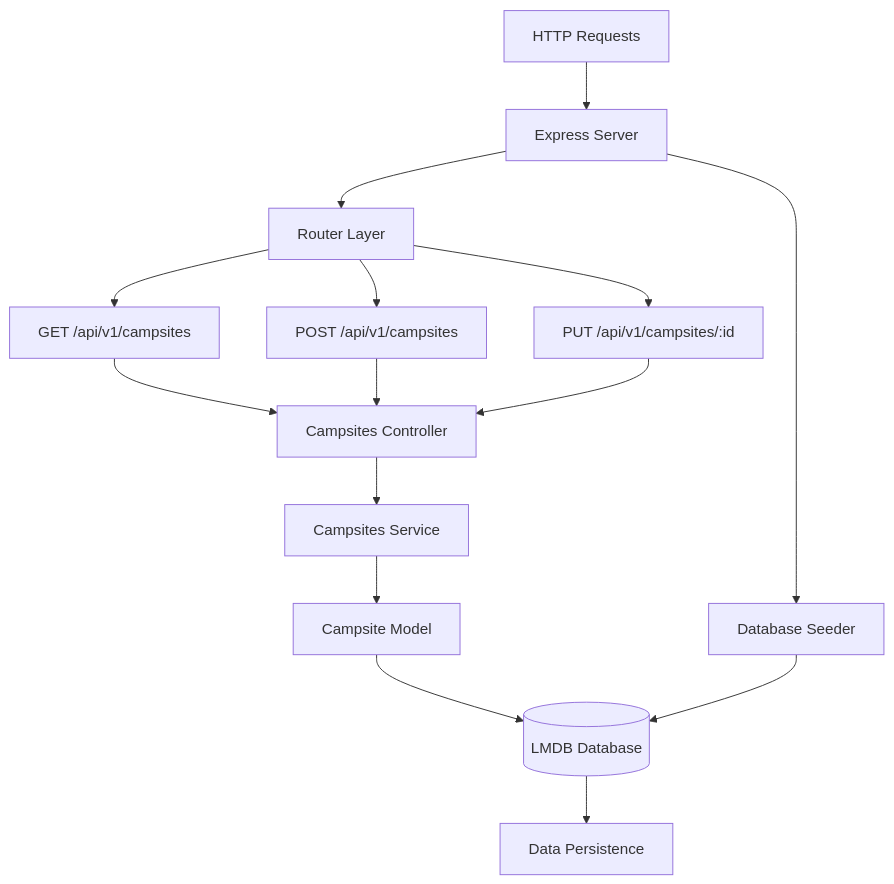
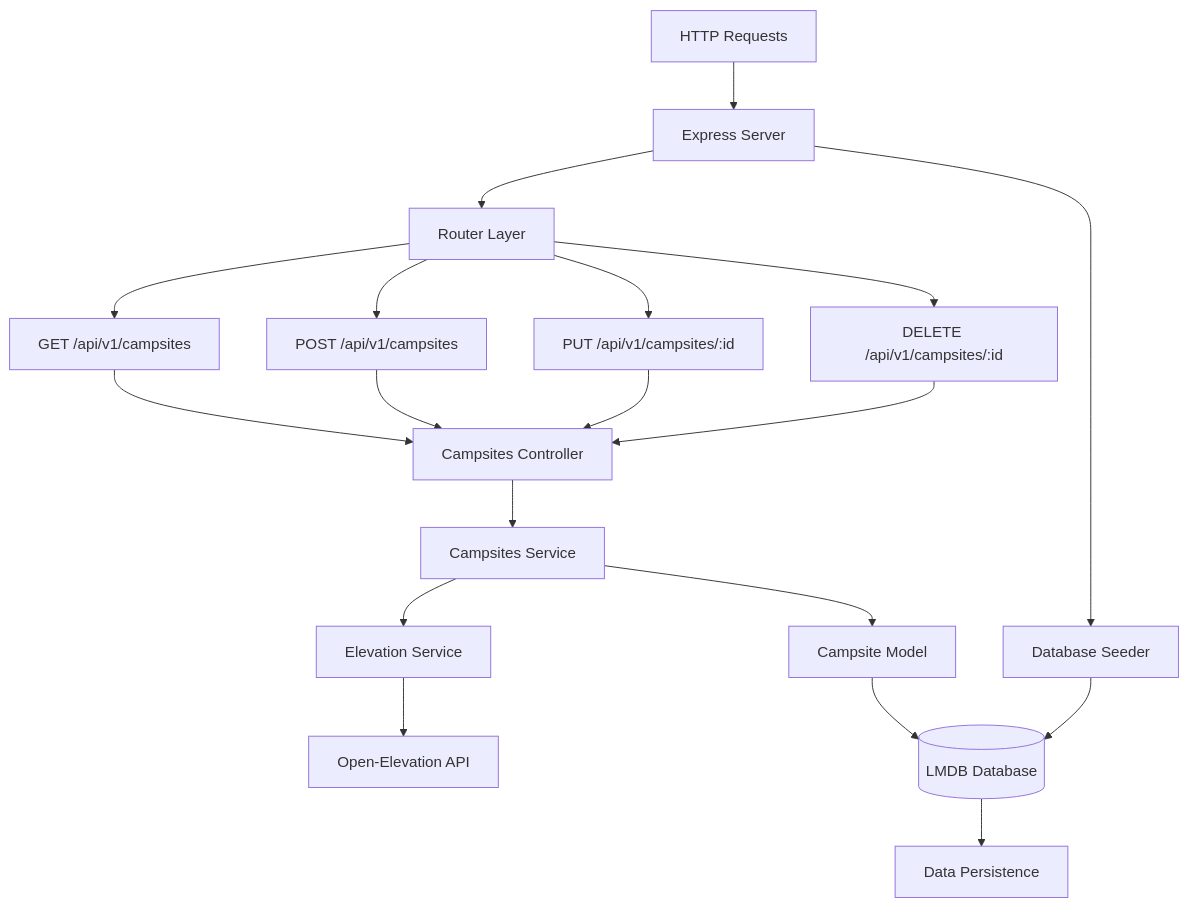
The second of 2 diagrams in README.md (baileydunning/campsights), drawn with Mermaid before and after one commit. The commit also changed other lines of this file and 21 other files, not shown here.

````diff
--- a/README.md
+++ b/README.md
@@ -74,22 +78,26 @@
 ```mermaid
 flowchart TD
     A[HTTP Requests] --> B[Express Server]
     B --> C[Router Layer]
     
     C --> D[GET /api/v1/campsites]
     C --> E[POST /api/v1/campsites]
     C --> F[PUT /api/v1/campsites/:id]
+    C --> G[DELETE /api/v1/campsites/:id]
     
-    D --> G[Campsites Controller]
-    E --> G
-    F --> G
+    D --> I[Campsites Controller]
+    E --> I
+    F --> I
+    G --> I
     
-    G --> H[Campsites Service]
-    H --> I[Campsite Model]
-    I --> J[(LMDB Database)]
+    I --> K[Campsites Service]
+    K --> L[Campsite Model]
+    K --> M[Elevation Service]
+    M --> N[Open-Elevation API]
+    L --> O[(LMDB Database)]
     
-    B --> K[Database Seeder]
-    K --> J
+    B --> P[Database Seeder]
+    P --> O
     
-    J --> L[Data Persistence]
+    O --> Q[Data Persistence]
 ```
````
